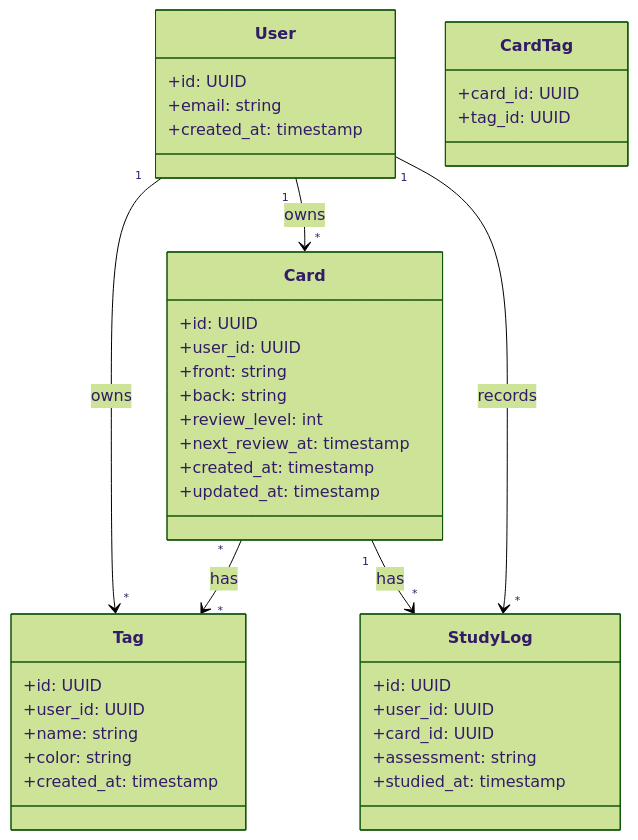
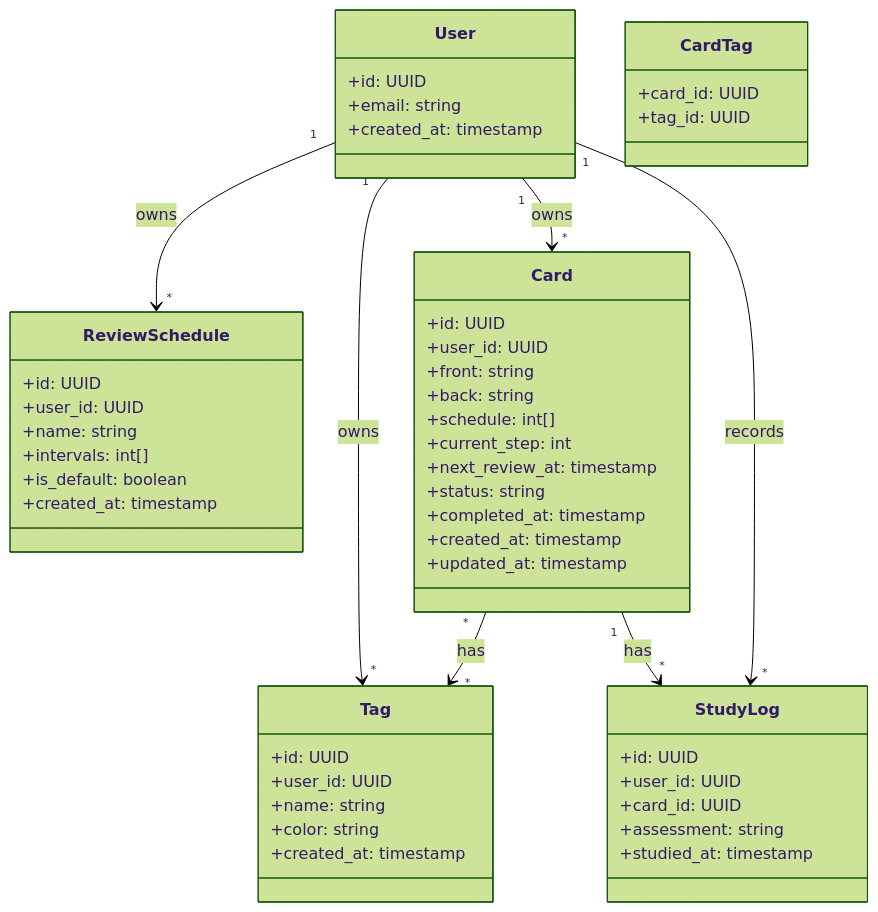
The second of 6 diagrams in docs/requirements/architecture.md (shinji-hayamizu/ReSave), drawn with Mermaid (forest theme) before and after one commit. The commit also changed other lines of this file and 10 other files, not shown here.

````diff
--- a/docs/requirements/architecture.md
+++ b/docs/requirements/architecture.md
@@ -341,46 +346,59 @@
 ```mermaid
 classDiagram
     class User {
         +id: UUID
         +email: string
         +created_at: timestamp
     }
 
+    class ReviewSchedule {
+        +id: UUID
+        +user_id: UUID
+        +name: string
+        +intervals: int[]
+        +is_default: boolean
+        +created_at: timestamp
+    }
+
     class Card {
         +id: UUID
         +user_id: UUID
         +front: string
         +back: string
-        +review_level: int
+        +schedule: int[]
+        +current_step: int
         +next_review_at: timestamp
+        +status: string
+        +completed_at: timestamp
         +created_at: timestamp
         +updated_at: timestamp
     }
 
     class Tag {
         +id: UUID
         +user_id: UUID
         +name: string
         +color: string
         +created_at: timestamp
     }
 
     class CardTag {
         +card_id: UUID
         +tag_id: UUID
     }
 
     class StudyLog {
         +id: UUID
         +user_id: UUID
         +card_id: UUID
         +assessment: string
         +studied_at: timestamp
     }
 
+    User "1" --> "*" ReviewSchedule : owns
     User "1" --> "*" Card : owns
     User "1" --> "*" Tag : owns
     Card "*" --> "*" Tag : has
     Card "1" --> "*" StudyLog : has
     User "1" --> "*" StudyLog : records
 ```
````
